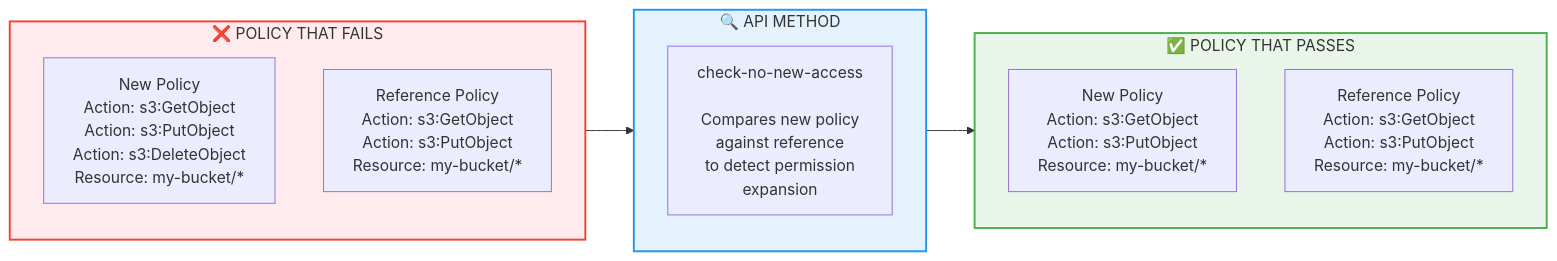
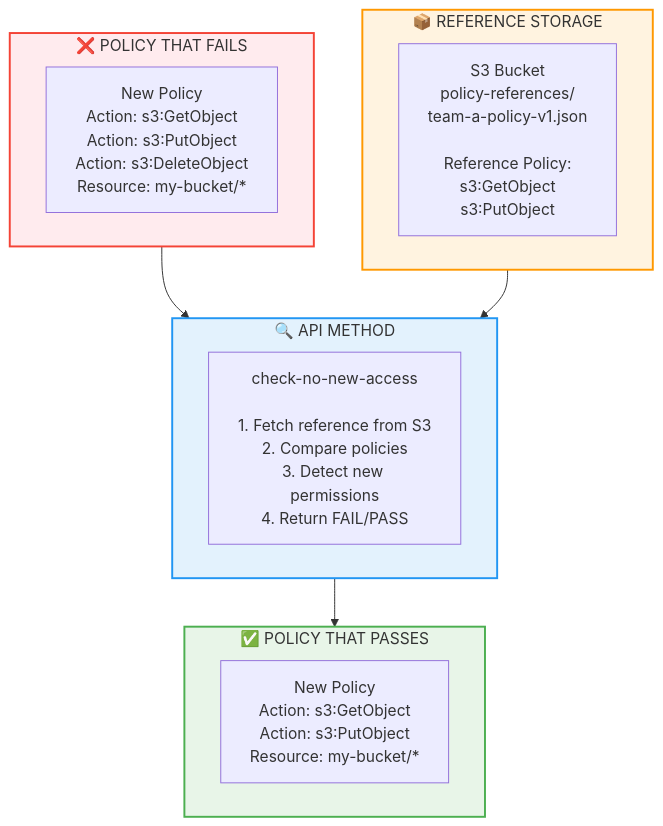
Before and after one commit to demoq-demo/iam_workshop: the ninth of 11 diagrams in README.md, drawn with Mermaid.

````diff
--- a/README.md
+++ b/README.md
@@ -2238,24 +2238,27 @@
 ```mermaid
-
-flowchart LR
+flowchart TD
     subgraph FAIL ["❌ POLICY THAT FAILS"]
         FailPolicy["New Policy<br/>Action: s3:GetObject<br/>Action: s3:PutObject<br/>Action: s3:DeleteObject<br/>Resource: my-bucket/*"]
-        RefPolicy1["Reference Policy<br/>Action: s3:GetObject<br/>Action: s3:PutObject<br/>Resource: my-bucket/*"]
+    end
+    
+    subgraph STORAGE ["📦 REFERENCE STORAGE"]
+        S3Config["S3 Bucket<br/>policy-references/<br/>team-a-policy-v1.json<br/><br/>Reference Policy:<br/>s3:GetObject<br/>s3:PutObject"]
     end
     
     subgraph API ["🔍 API METHOD"]
-        Method["check-no-new-access<br/><br/>Compares new policy<br/>against reference<br/>to detect permission<br/>expansion"]
+        Method["check-no-new-access<br/><br/>1. Fetch reference from S3<br/>2. Compare policies<br/>3. Detect new permissions<br/>4. Return FAIL/PASS"]
     end
     
     subgraph PASS ["✅ POLICY THAT PASSES"]
         PassPolicy["New Policy<br/>Action: s3:GetObject<br/>Action: s3:PutObject<br/>Resource: my-bucket/*"]
-        RefPolicy2["Reference Policy<br/>Action: s3:GetObject<br/>Action: s3:PutObject<br/>Resource: my-bucket/*"]
     end
     
     FAIL --> API
+    STORAGE --> API
     API --> PASS
     
     style FAIL fill:#ffebee,stroke:#f44336,stroke-width:2px
+    style STORAGE fill:#fff3e0,stroke:#ff9800,stroke-width:2px
     style API fill:#e3f2fd,stroke:#2196f3,stroke-width:2px
     style PASS fill:#e8f5e8,stroke:#4caf50,stroke-width:2px
 ```
````
